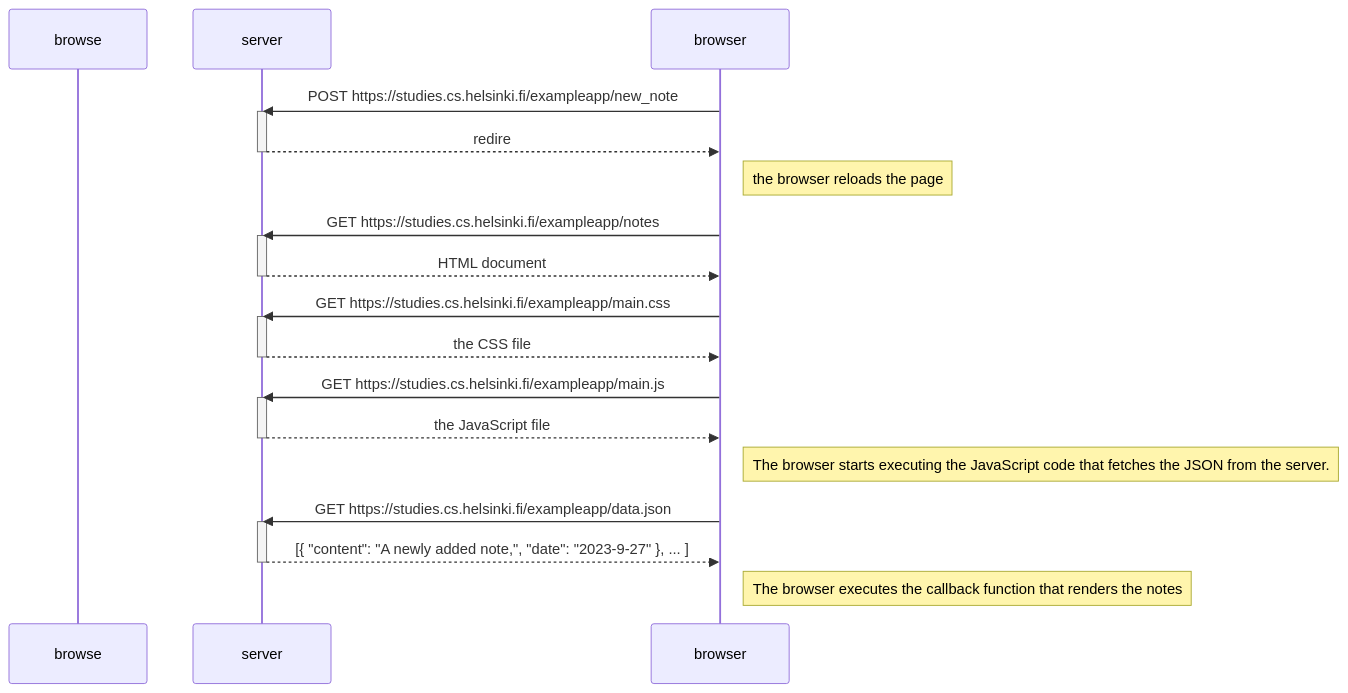
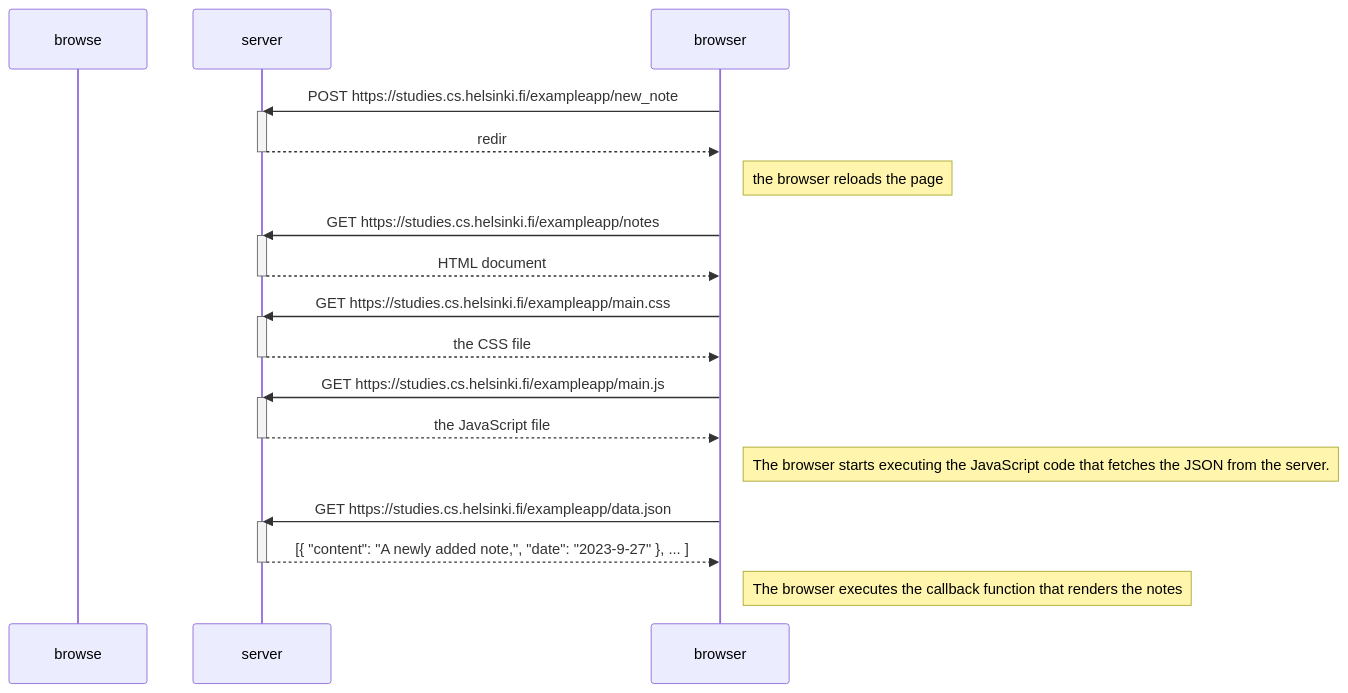
The diagram in part0/0.4/new_note_diagram.md (AlexanderGurnet/fullstackopen), drawn with Mermaid before and after one commit.

````diff
--- a/part0/0.4/new_note_diagram.md
+++ b/part0/0.4/new_note_diagram.md
@@ -2,35 +2,35 @@
 ```mermaid
   sequenceDiagram
     participant browse
     participant server
 
     browser->>server: POST https://studies.cs.helsinki.fi/exampleapp/new_note
     activate server
-    server-->>browser: redire
+    server-->>browser: redir
     deactivate server
     Note right of browser: the browser reloads the page
 
     browser->>server: GET https://studies.cs.helsinki.fi/exampleapp/notes
     activate server
     server-->>browser: HTML document
     deactivate server
     
     browser->>server: GET https://studies.cs.helsinki.fi/exampleapp/main.css
     activate server
     server-->>browser: the CSS file
     deactivate server
 
     browser->>server: GET https://studies.cs.helsinki.fi/exampleapp/main.js
     activate server
     server-->>browser: the JavaScript file
     deactivate server
 
     Note right of browser: The browser starts executing the JavaScript code that fetches the JSON from the server.
 
     browser->>server: GET https://studies.cs.helsinki.fi/exampleapp/data.json
     activate server
     server-->>browser: [{ "content": "A newly added note,", "date": "2023-9-27" }, ... ]
     deactivate server
 
     Note right of browser: The browser executes the callback function that renders the notes
 ```
````
